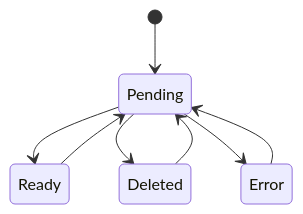
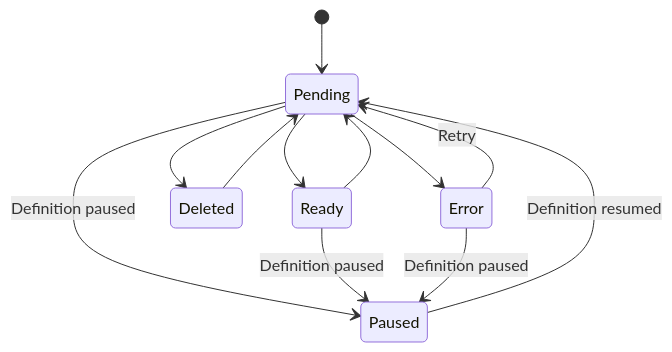
Before and after one commit to KafkaMetamorphosis/docs: the first of 2 diagrams in 003-franz/003.3-topic-claim.md, drawn with Mermaid. The commit also changed 1 other file, not shown here.

Commit message:
Add TopicDefinition state machine, status reference table, and Paused state
- Add Active/Paused/Error/Deleted state machine to topic definition doc
- Add status reference table combining definition, claim, and last revision states
- Add Paused state to TopicClaim state machine (cascades from definition)
- Paused replaces Inactive across both documents

````diff
--- a/003-franz/003.3-topic-claim.md
+++ b/003-franz/003.3-topic-claim.md
@@ -31,12 +31,19 @@
 ```mermaid
 stateDiagram-v2
     [*]           --> Pending
 
     Pending       --> Ready
     Pending       --> Deleted
     Pending       --> Error
-    
+    Pending       --> Paused : Definition paused
+
+    Ready         --> Pending
+    Ready         --> Paused : Definition paused
+
+    Error         --> Pending  : Retry
+    Error         --> Paused : Definition paused
+
+    Paused      --> Pending  : Definition resumed
+
     Deleted       --> Pending
-    Error         --> Pending
-    Ready         --> Pending
 ```
````
